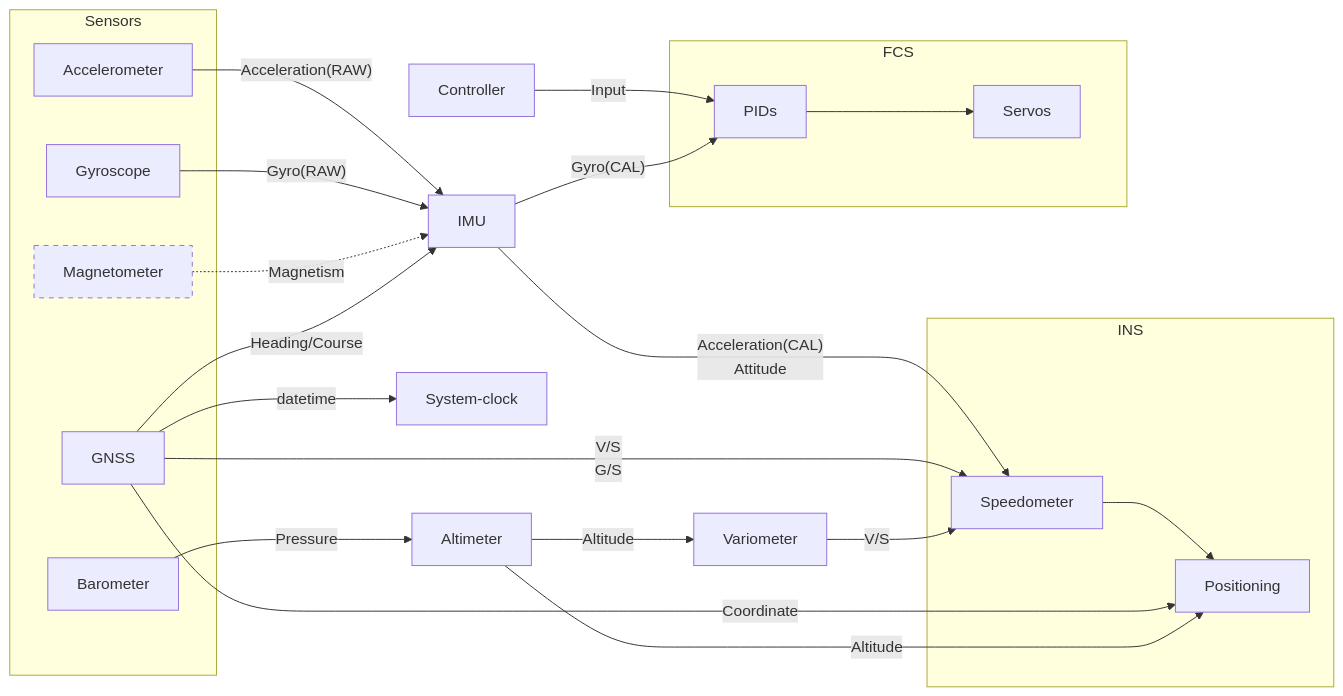
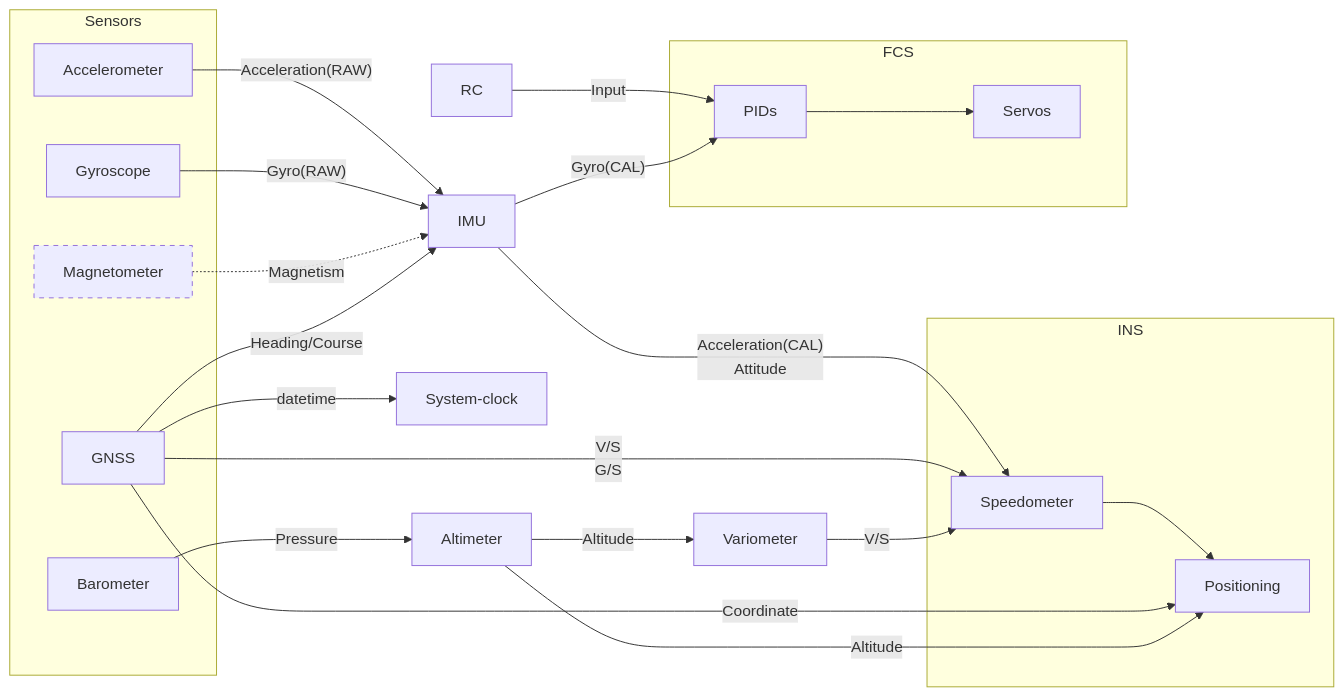
One commit to qiuchengxuan/pro-flight changed the diagram in README.md. Above: the diagram before and after it, drawn with Mermaid. The commit also changed 45 other files, not shown here.

````diff
--- a/README.md
+++ b/README.md
@@ -99,31 +99,31 @@
 ```mermaid
 graph LR
     subgraph Sensors
         Accelerometer
         Gyroscope
         Magnetometer
         style Magnetometer stroke-dasharray: 5 5
         Barometer
         GNSS
     end
     Accelerometer -->|"Acceleration(RAW)"| IMU
     Gyroscope -->|"Gyro(RAW)"| IMU
     Magnetometer -.-> |Magnetism| IMU
     GNSS -->|Heading/Course| IMU
     Barometer -->|Pressure| Altimeter
     subgraph INS
         Speedometer --> Positioning
     end
     IMU -->|"Acceleration(CAL)<br/>Attitude"| Speedometer
     GNSS -->|datetime| System-clock
     GNSS -->|V/S<br/>G/S| Speedometer
     GNSS -->|Coordinate| Positioning
     Altimeter -->|Altitude| Variometer
     Altimeter -->|Altitude| Positioning
     Variometer -->|V/S| Speedometer
     subgraph FCS
         PIDs --> Servos
     end
-    Controller -->|Input| PIDs
+    RC -->|Input| PIDs
     IMU -->|"Gyro(CAL)"| PIDs
 ```
````
